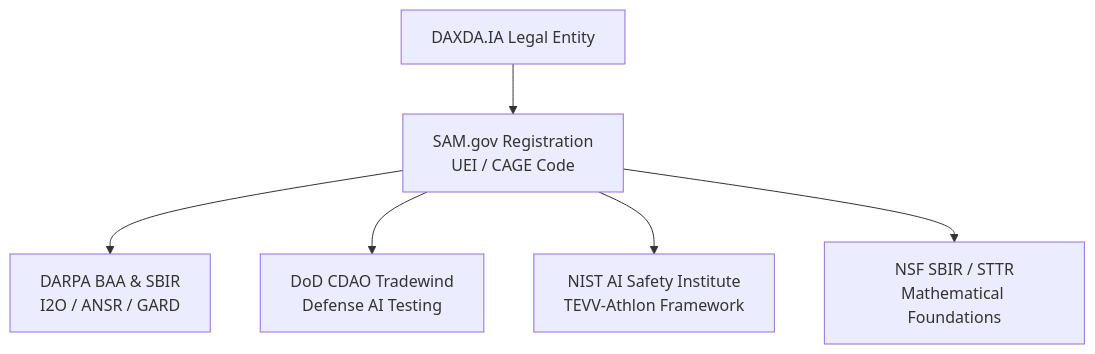
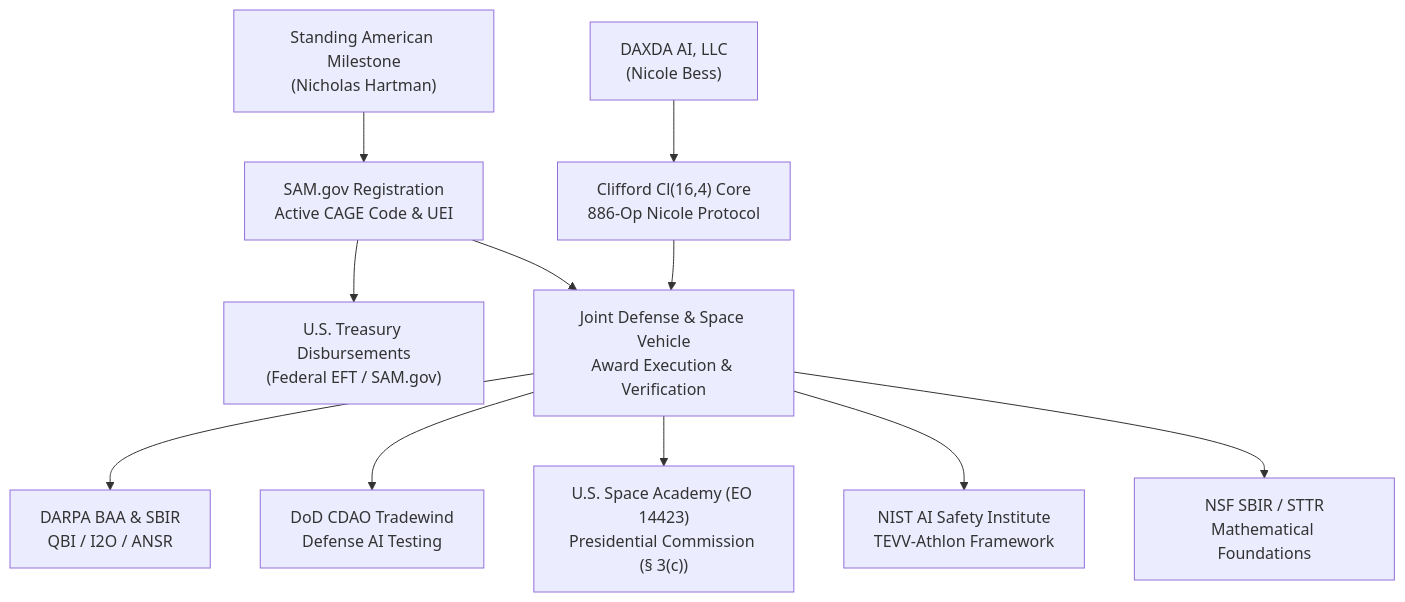
Before and after one commit to osmesirius-ship-it/DAXDA-NEXTGEN: the diagram in daxda-next-gen/docs/compliance/DAXDA_FEDERAL_ENTITY_REGISTRATION_DOSSIER.md, drawn with Mermaid. The commit also changed other lines of this file and 106 other files, not shown here.

````diff
--- a/daxda-next-gen/docs/compliance/DAXDA_FEDERAL_ENTITY_REGISTRATION_DOSSIER.md
+++ b/daxda-next-gen/docs/compliance/DAXDA_FEDERAL_ENTITY_REGISTRATION_DOSSIER.md
@@ -95,8 +102,13 @@
 ```mermaid
 graph TD
-    DAXDA[DAXDA.IA Legal Entity] --> SAM[SAM.gov Registration<br/>UEI / CAGE Code]
-    SAM --> DARPA[DARPA BAA & SBIR<br/>I2O / ANSR / GARD]
-    SAM --> DOD[DoD CDAO Tradewind<br/>Defense AI Testing]
-    SAM --> NIST[NIST AI Safety Institute<br/>TEVV-Athlon Framework]
-    SAM --> NSF[NSF SBIR / STTR<br/>Mathematical Foundations]
+    SAM_CO["Standing American Milestone<br/>(Nicholas Hartman)"] --> SAM["SAM.gov Registration<br/>Active CAGE Code & UEI"]
+    DAXDA["DAXDA AI, LLC<br/>(Nicole Bess)"] --> TECH["Clifford Cl(16,4) Core<br/>886-Op Nicole Protocol"]
+    SAM --> TREASURY["U.S. Treasury Disbursements<br/>(Federal EFT / SAM.gov)"]
+    TECH --> JOINT["Joint Defense & Space Vehicle<br/>Award Execution & Verification"]
+    SAM --> JOINT
+    JOINT --> DARPA["DARPA BAA & SBIR<br/>QBI / I2O / ANSR"]
+    JOINT --> DOD["DoD CDAO Tradewind<br/>Defense AI Testing"]
+    JOINT --> USSA["U.S. Space Academy (EO 14423)<br/>Presidential Commission (§ 3(c))"]
+    JOINT --> NIST["NIST AI Safety Institute<br/>TEVV-Athlon Framework"]
+    JOINT --> NSF["NSF SBIR / STTR<br/>Mathematical Foundations"]
 ```
````
